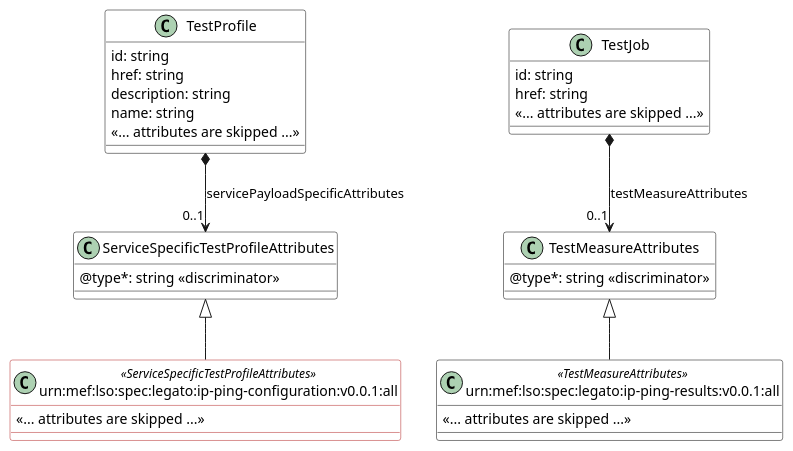
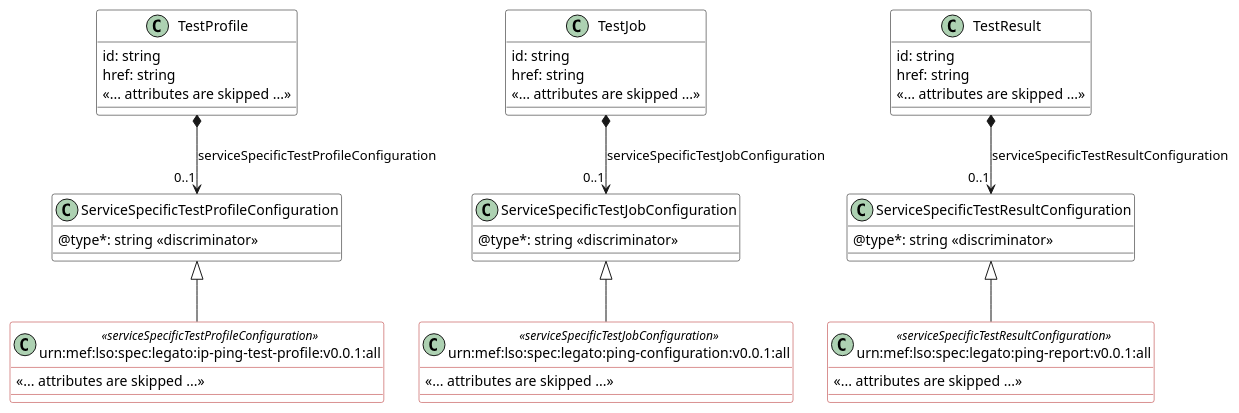
The diagram in documentation/serviceApi/sft/serviceTest/media/src/extensionPattern.puml (MEF-GIT/MEF-LSO-Interlude-SDK), drawn with PlantUML before and after one commit. The commit also changed 120 other files, not shown here.

```diff
--- a/documentation/serviceApi/sft/serviceTest/media/src/extensionPattern.puml
+++ b/documentation/serviceApi/sft/serviceTest/media/src/extensionPattern.puml
@@ -1,55 +1,73 @@
 @startuml extensionPattern
 skinparam {
     ClassBackgroundColor White
     ClassBorderColor Black
-    ClassBorderColor<<ServiceSpecificTestProfileAttributes>> FireBrick
-    ClassBorderColor<<ResultPayload>> FireBrick
+    ClassBorderColor<<ServiceSpecificTestProfileConfiguration>> FireBrick
+    ClassBorderColor<<ServiceSpecificTestJobConfiguration>> FireBrick
+    ClassBorderColor<<ServiceSpecificTestResultConfiguration>> FireBrick
 }
 set namespaceSeparator none
 
 class TestProfile {
 
     id: string
     href: string
-    description: string
-    name: string
     <<... attributes are skipped ...>>
 }
 
 
-class ServiceSpecificTestProfileAttributes {
+class ServiceSpecificTestProfileConfiguration {
     @type*: string <<discriminator>>
 }
 
 
-TestProfile *-->"0..1" ServiceSpecificTestProfileAttributes : servicePayloadSpecificAttributes
+TestProfile *-->"0..1" ServiceSpecificTestProfileConfiguration : serviceSpecificTestProfileConfiguration
 
-class urn:mef:lso:spec:legato:ip-ping-configuration:v0.0.1:all <<ServiceSpecificTestProfileAttributes>> {
+class urn:mef:lso:spec:legato:ip-ping-test-profile:v0.0.1:all <<serviceSpecificTestProfileConfiguration>> {
 
     <<... attributes are skipped ...>>
 }
-ServiceSpecificTestProfileAttributes <|-- "urn:mef:lso:spec:legato:ip-ping-configuration:v0.0.1:all"
+ServiceSpecificTestProfileConfiguration <|-- "urn:mef:lso:spec:legato:ip-ping-test-profile:v0.0.1:all"
 
 
 
 class TestJob {
 
     id: string 
     href: string 
     <<... attributes are skipped ...>>
 }
 
-class TestMeasureAttributes {
+class ServiceSpecificTestJobConfiguration {
     @type*: string <<discriminator>>
 }
 
-TestJob *-->"0..1" TestMeasureAttributes : testMeasureAttributes
+TestJob *-->"0..1" ServiceSpecificTestJobConfiguration : serviceSpecificTestJobConfiguration
 
-class urn:mef:lso:spec:legato:ip-ping-results:v0.0.1:all <<TestMeasureAttributes>> {
+class urn:mef:lso:spec:legato:ping-configuration:v0.0.1:all <<serviceSpecificTestJobConfiguration>> {
 
     <<... attributes are skipped ...>>
 }
-TestMeasureAttributes <|-- "urn:mef:lso:spec:legato:ip-ping-results:v0.0.1:all"
+ServiceSpecificTestJobConfiguration <|-- "urn:mef:lso:spec:legato:ping-configuration:v0.0.1:all"
 
 
+
+class TestResult {
+
+    id: string 
+    href: string 
+    <<... attributes are skipped ...>>
+}
+
+class ServiceSpecificTestResultConfiguration {
+    @type*: string <<discriminator>>
+}
+
+TestResult *-->"0..1" ServiceSpecificTestResultConfiguration : serviceSpecificTestResultConfiguration
+
+class urn:mef:lso:spec:legato:ping-report:v0.0.1:all <<serviceSpecificTestResultConfiguration>> {
+
+    <<... attributes are skipped ...>>
+}
+ServiceSpecificTestResultConfiguration <|-- "urn:mef:lso:spec:legato:ping-report:v0.0.1:all"
 @enduml
```
